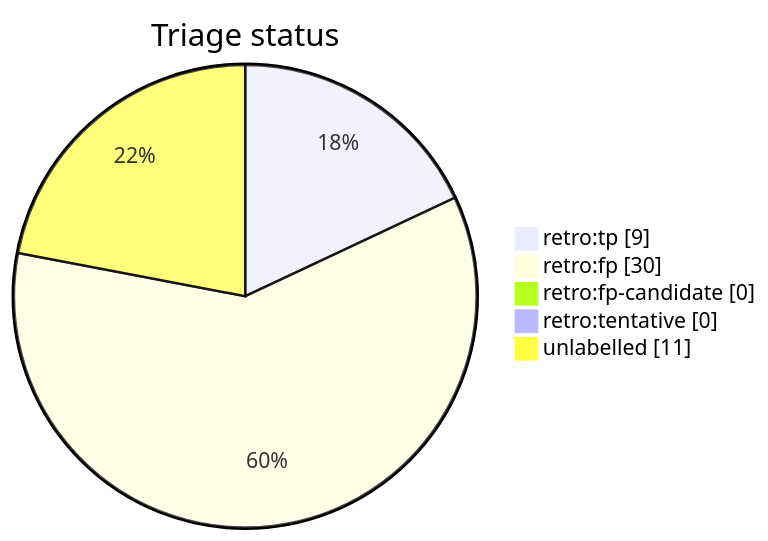
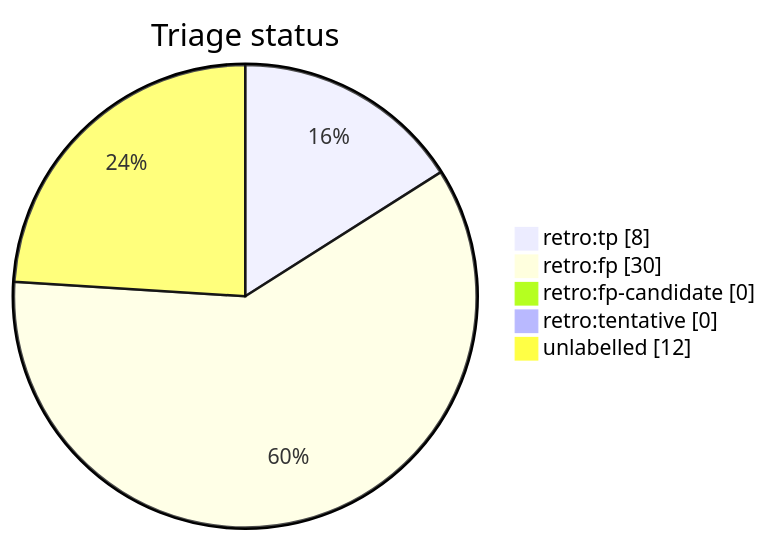
Before and after one commit to tvna/claude-md: the diagram in docs/generated/scripts/auto-retro-triage-report.md, drawn with Mermaid. The commit also changed other lines of this file, not shown here.

First line of the commit message:
chore(auto-retro): refresh triage report

````diff
--- a/docs/generated/scripts/auto-retro-triage-report.md
+++ b/docs/generated/scripts/auto-retro-triage-report.md
@@ -15,9 +15,9 @@
 ```mermaid
 pie showData
     title Triage status
-    "retro:tp" : 9
+    "retro:tp" : 8
     "retro:fp" : 30
     "retro:fp-candidate" : 0
     "retro:tentative" : 0
-    "unlabelled" : 11
+    "unlabelled" : 12
 ```
````
